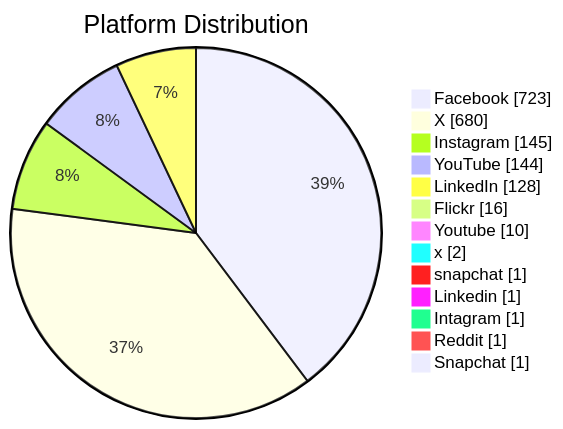
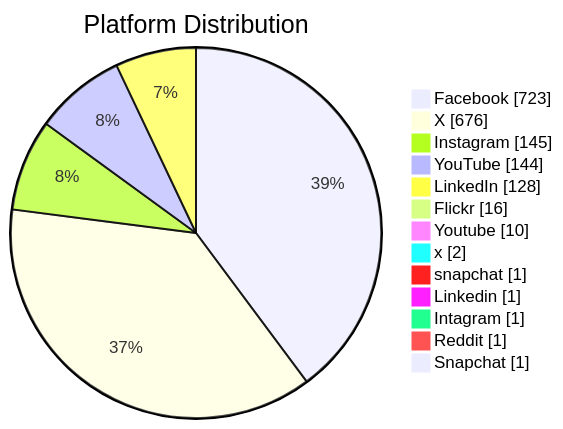
Before and after one commit to PatLittle/GC-Socials: the second of 6 diagrams in README.md, drawn with Mermaid. The commit also changed other lines of this file, not shown here.

Commit message:
Update README with Platform Distribution pie chart

````diff
--- a/README.md
+++ b/README.md
@@ -74,16 +74,16 @@
 ```mermaid
 pie showData title Platform Distribution
     "Facebook": 723
-    "X": 680
+    "X": 676
     "Instagram": 145
     "YouTube": 144
     "LinkedIn": 128
     "Flickr": 16
     "Youtube": 10
     "x": 2
     "snapchat": 1
     "Linkedin": 1
     "Intagram": 1
     "Reddit": 1
     "Snapchat": 1
 ```
````
